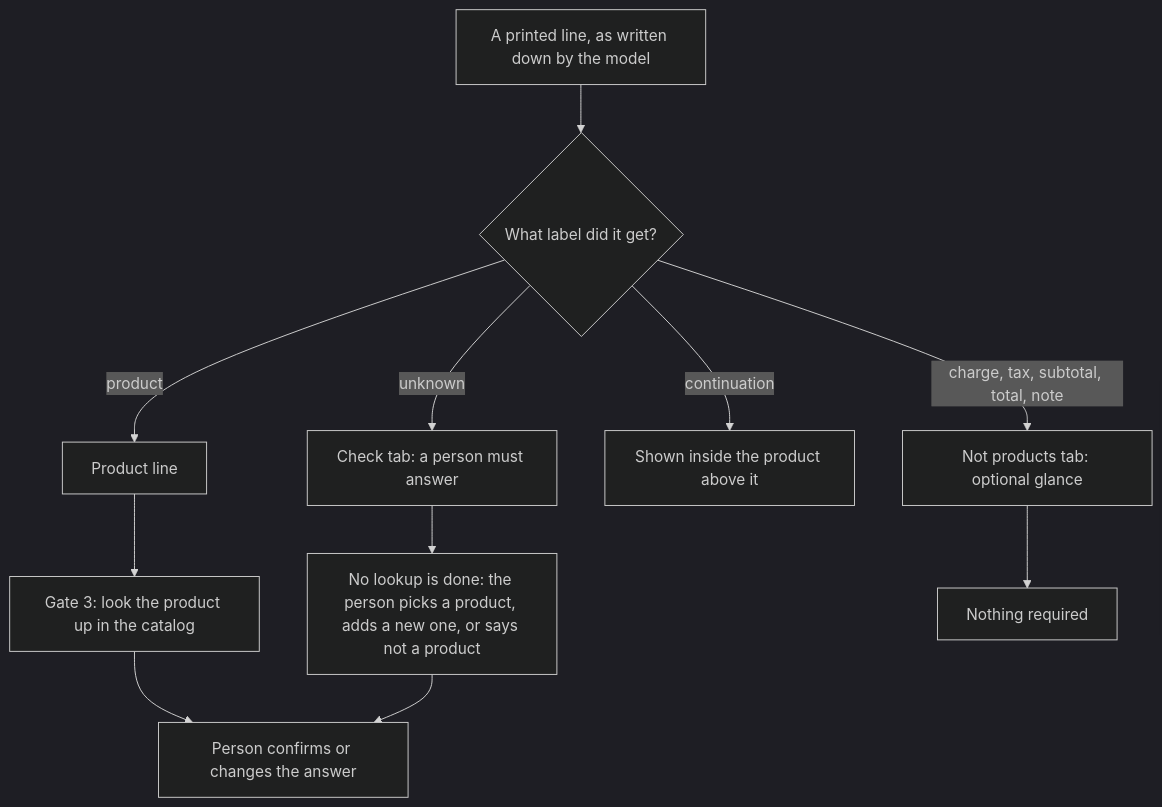
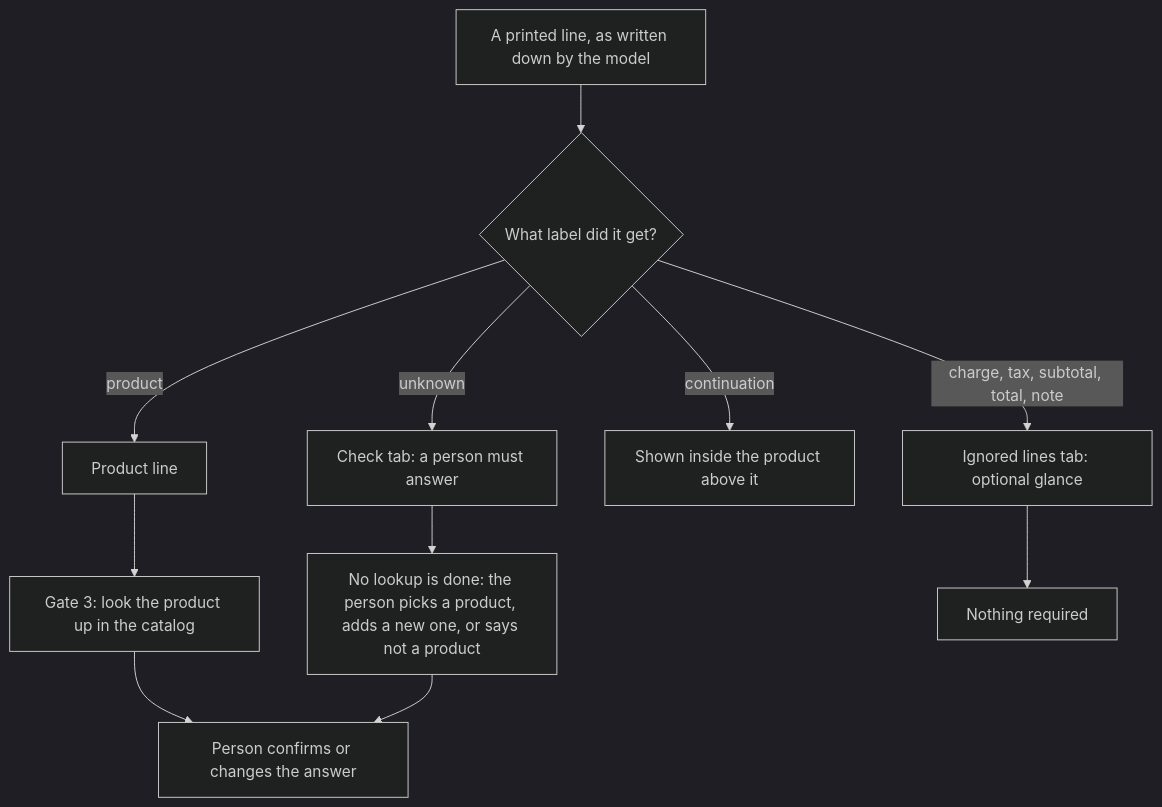
One commit to CarlitosRed/advance-po-reader changed the diagram in docs/how-it-works/02-sorting-each-line.md. Above: the diagram before and after it, drawn with Mermaid (dark theme). The commit also changed other lines of this file and 6 other files, not shown here.

First line of the commit message:
docs(how-it-works): describe PR #21 as merged (reason sentences, Ignored lines)

````diff
--- a/docs/how-it-works/02-sorting-each-line.md
+++ b/docs/how-it-works/02-sorting-each-line.md
@@ -16,13 +16,13 @@
 ```mermaid
 flowchart TD
   A["A printed line, as written down by the model"] --> B{"What label did it get?"}
   B -->|"product"| C["Product line"]
-  B -->|"charge, tax, subtotal, total, note"| D["Not products tab: optional glance"]
+  B -->|"charge, tax, subtotal, total, note"| D["Ignored lines tab: optional glance"]
   B -->|"continuation"| E["Shown inside the product above it"]
   B -->|"unknown"| F["Check tab: a person must answer"]
   C --> G["Gate 3: look the product up in the catalog"]
   F --> H["No lookup is done: the person picks a product, adds a new one, or says not a product"]
   G --> I["Person confirms or changes the answer"]
   H --> I
   D --> J["Nothing required"]
 ```
````
